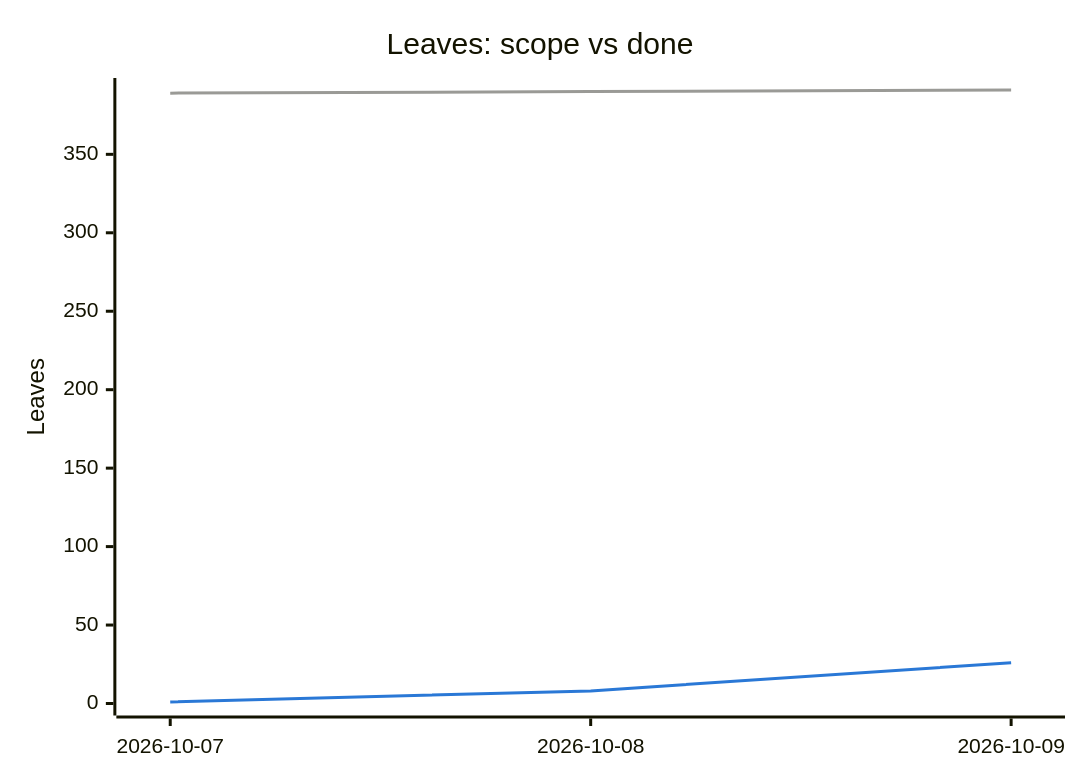
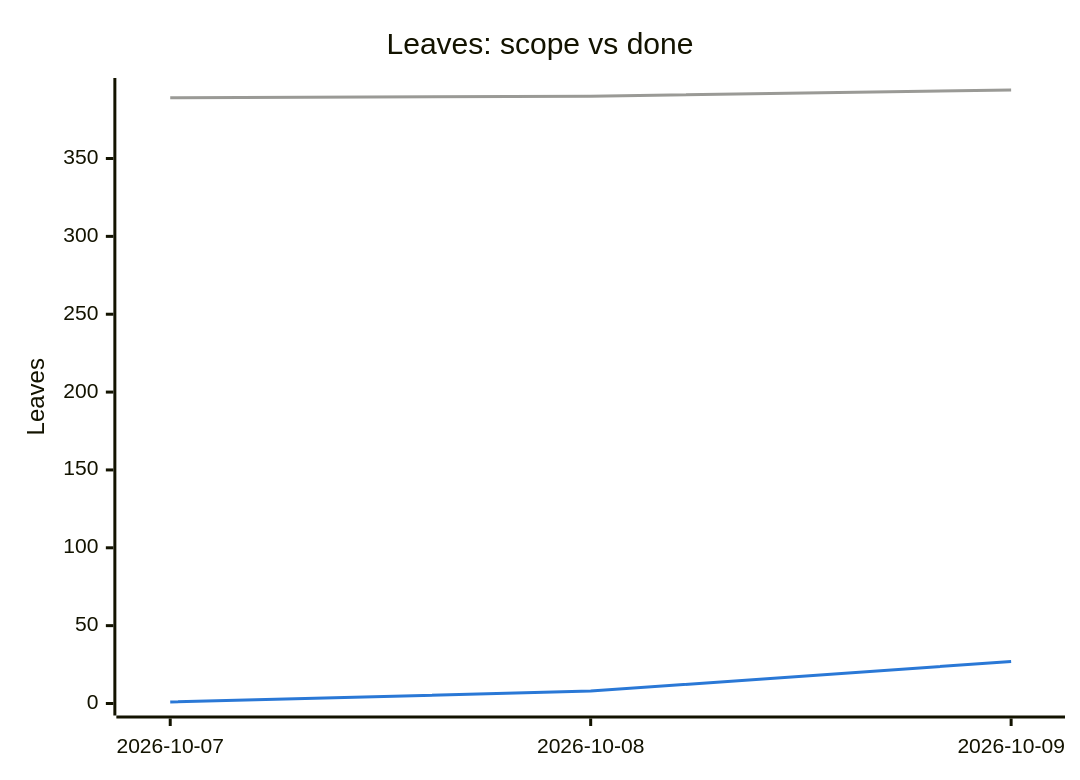
One commit to tomiok/persiaDB changed the second of 2 diagrams in PROGRESS.md. Above: the diagram before and after it, drawn with Mermaid. The commit also changed other lines of this file and 16 other files, not shown here.

Commit message:
chore(xtask): port check-deps to Rust (cargo xtask check-deps), drop Python version (ROADMAP 0.5.1)

````diff
--- a/PROGRESS.md
+++ b/PROGRESS.md
@@ -105,14 +105,14 @@
 ```mermaid
 ---
 config:
   themeVariables:
     xyChart:
       plotColorPalette: "#9a9a96, #2a78d6"
 ---
 xychart-beta
   title "Leaves: scope vs done"
   x-axis ["2026-10-07", "2026-10-08", "2026-10-09"]
-  y-axis "Leaves" 0 --> 391
-  line [389, 390, 391]
-  line [1, 8, 26]
+  y-axis "Leaves" 0 --> 394
+  line [389, 390, 394]
+  line [1, 8, 27]
 ```
````
